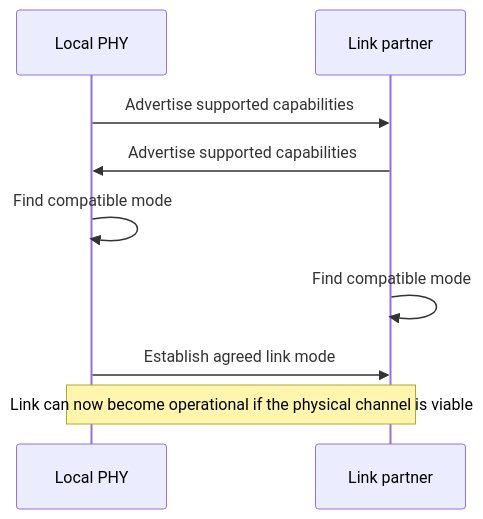
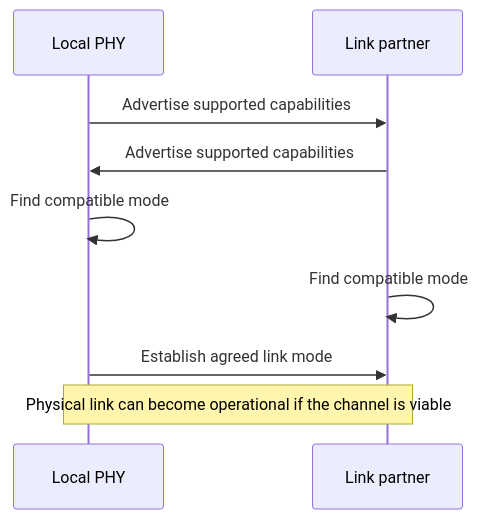
One commit to spencerbug/spencerbug.github.io changed the fourth of 8 diagrams in courses/nic-firmware/02-ethernet-wire-to-mac.md. Above: the diagram before and after it, drawn with Mermaid. The commit also changed other lines of this file, not shown here.

````diff
--- a/courses/nic-firmware/02-ethernet-wire-to-mac.md
+++ b/courses/nic-firmware/02-ethernet-wire-to-mac.md
@@ -137,12 +140,12 @@
 ```mermaid
 sequenceDiagram
     participant A as Local PHY
     participant B as Link partner
 
     A->>B: Advertise supported capabilities
     B->>A: Advertise supported capabilities
     A->>A: Find compatible mode
     B->>B: Find compatible mode
     A->>B: Establish agreed link mode
-    Note over A,B: Link can now become operational if the physical channel is viable
+    Note over A,B: Physical link can become operational if the channel is viable
 ```
````
